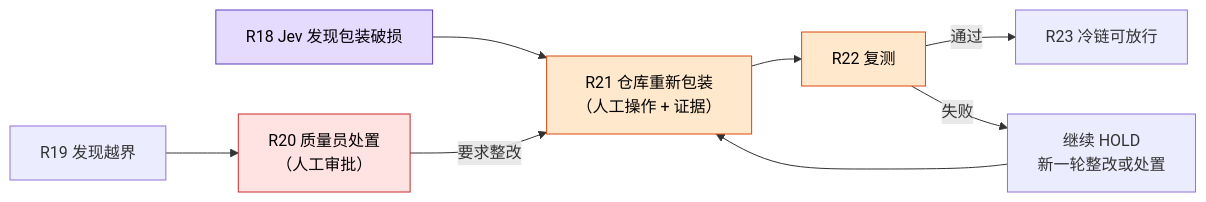
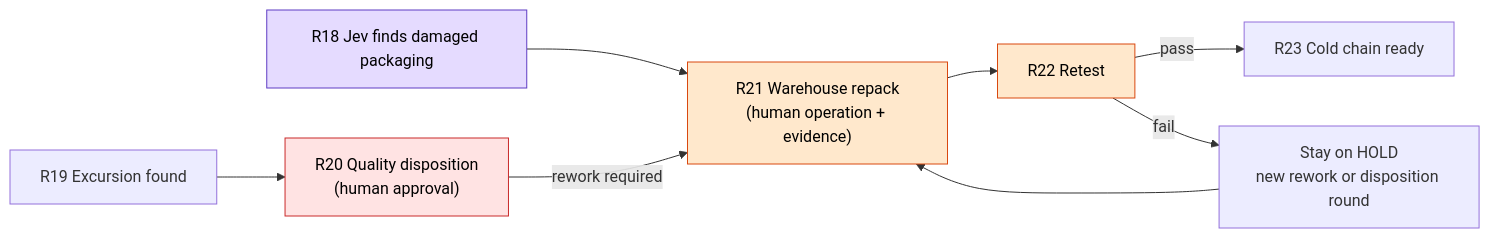
Before and after one commit to ClydeShen/durable-jev: the fourth of 4 diagrams in docs/business-rules-map.md, drawn with Mermaid. The commit also changed other lines of this file, not shown here.

````diff
--- a/docs/business-rules-map.md
+++ b/docs/business-rules-map.md
@@ -176,17 +176,17 @@
 ```mermaid
 flowchart LR
-    A["R19 发现越界"] --> B["R20 质量员处置<br/>（人工审批）"]
-    C["R18 Jev 发现包装破损"] --> D
-    B -->|要求整改| D["R21 仓库重新包装<br/>（人工操作 + 证据）"]
-    D --> E["R22 复测"]
-    E -->|通过| F["R23 冷链可放行"]
-    E -->|失败| G["继续 HOLD<br/>新一轮整改或处置"]
+    A["R19 Excursion found"] --> B["R20 Quality disposition<br/>(human approval)"]
+    C["R18 Jev finds damaged packaging"] --> D
+    B -->|rework required| D["R21 Warehouse repack<br/>(human operation + evidence)"]
+    D --> E["R22 Retest"]
+    E -->|pass| F["R23 Cold chain ready"]
+    E -->|fail| G["Stay on HOLD<br/>new rework or disposition round"]
     G --> D
 
     classDef approval fill:#ffe3e3,stroke:#c92a2a,color:#000
     classDef operation fill:#ffe8cc,stroke:#d9480f,color:#000
     classDef jev fill:#e5dbff,stroke:#5f3dc4,color:#000
     class B approval
     class D,E operation
     class C jev
 ```
````
